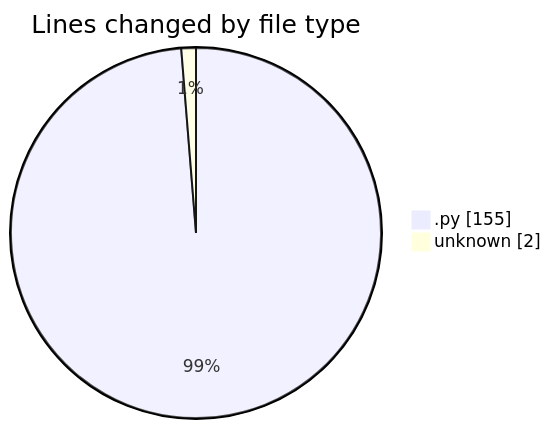
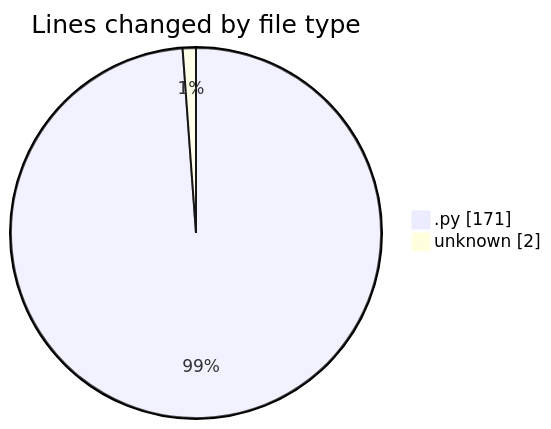
One commit to CELIANVF/code-tracking changed the first of 2 diagrams in 2025-01-21/monteur_automatique/README.md. Above: the diagram before and after it, drawn with Mermaid. The commit also changed other lines of this file and 1 other file, not shown here.

````diff
--- a/2025-01-21/monteur_automatique/README.md
+++ b/2025-01-21/monteur_automatique/README.md
@@ -23,6 +23,6 @@
 ```mermaid
 pie showData
 title Lines changed by file type
-".py" : 155
+".py" : 171
 "unknown" : 2
 ```
````
